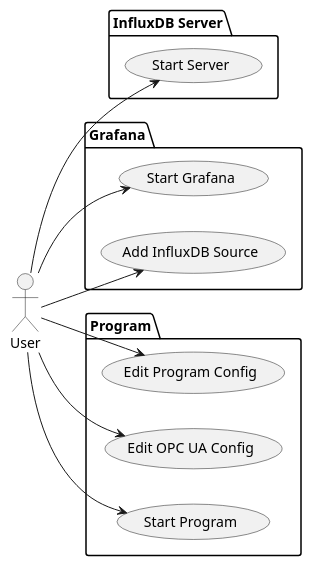
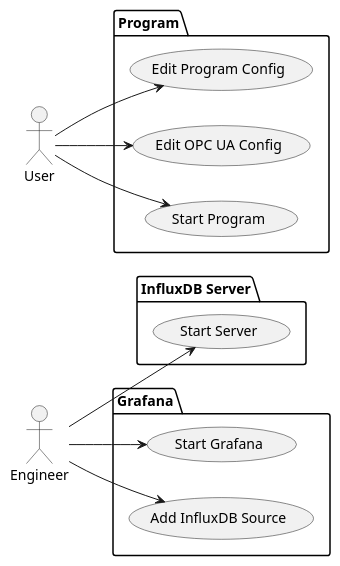
Before and after one commit to Praktikum-PvAS/process-historian: the diagram in architecture/use_case_diagram.pu, drawn with PlantUML.

Commit message:
Add engineer to use case diagram

```diff
--- a/architecture/use_case_diagram.pu
+++ b/architecture/use_case_diagram.pu
@@ -1,22 +1,23 @@
 @startuml "Use Case"
 left to right direction
+actor Engineer as e
 actor User as u
 package "InfluxDB Server" {
   usecase "Start Server" as starti
 }
 package "Grafana" {
   usecase "Start Grafana" as startg
   usecase "Add InfluxDB Source" as confi
 }
 package Program {
   usecase "Edit Program Config" as editp
   usecase "Edit OPC UA Config" as edito
   usecase "Start Program" as startp
 }
-u --> starti
-u --> startg
-u --> confi
+e --> starti
+e --> startg
+e --> confi
 u --> editp
 u --> edito
 u --> startp
 @enduml
```
